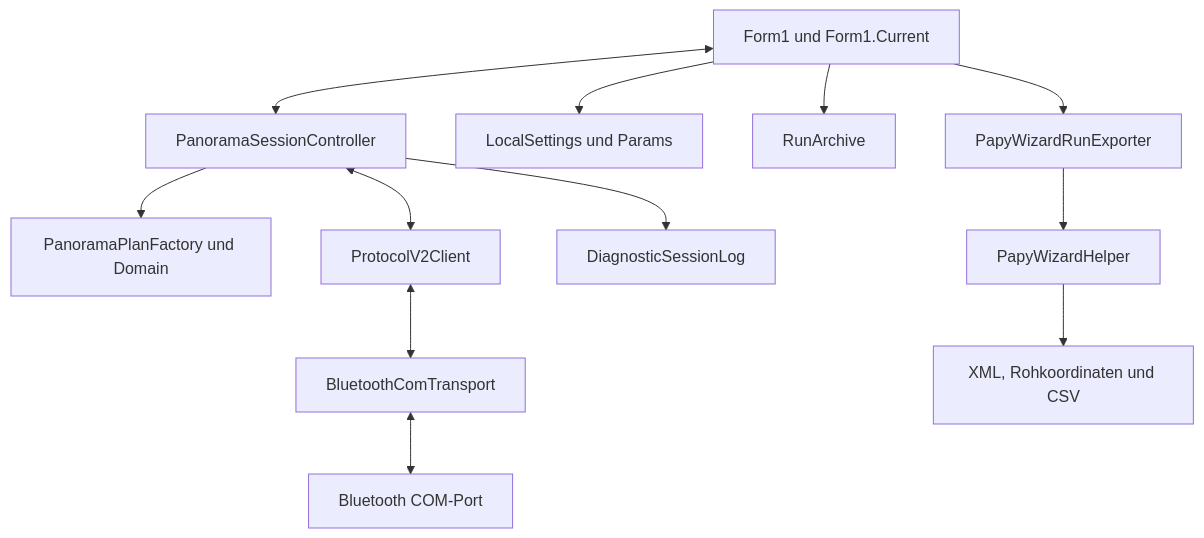
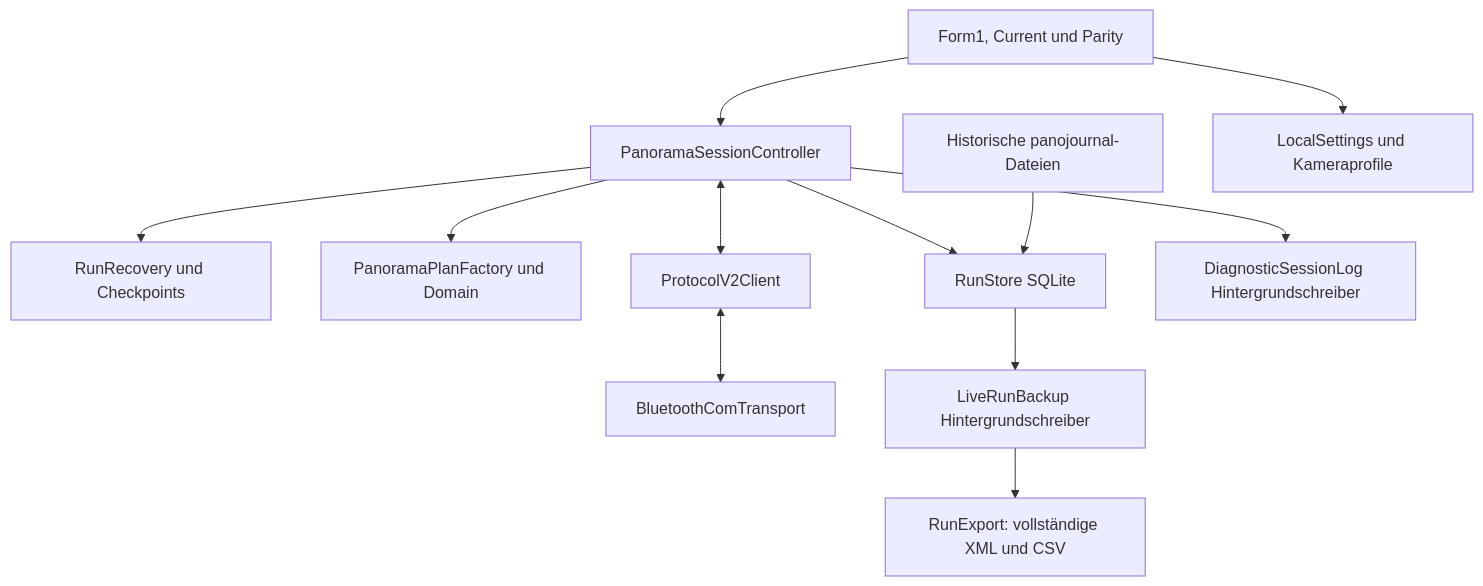
The diagram in docs/05-windows.md (TomNaiser/PanoramaSoftware), drawn with Mermaid before and after one commit. The commit also changed other lines of this file and 21 other files, not shown here.

````diff
--- a/docs/05-windows.md
+++ b/docs/05-windows.md
@@ -9,14 +15,14 @@
 ```mermaid
 flowchart TB
-    UI[Form1 und Form1.Current] <--> CT[PanoramaSessionController]
+    UI[Form1, Current und Parity] --> CT[PanoramaSessionController]
+    CT --> RF[RunRecovery und Checkpoints]
     CT --> PF[PanoramaPlanFactory und Domain]
     CT <--> P[ProtocolV2Client]
     P <--> BT[BluetoothComTransport]
-    BT <--> COM[Bluetooth COM-Port]
-    UI --> SET[LocalSettings und Params]
-    UI --> AR[RunArchive]
-    CT --> DI[DiagnosticSessionLog]
-    UI --> EX[PapyWizardRunExporter]
-    EX --> LH[PapyWizardHelper]
-    LH --> FI[XML, Rohkoordinaten und CSV]
+    CT --> DB[RunStore SQLite]
+    OLD[Historische panojournal-Dateien] --> DB
+    DB --> BG[LiveRunBackup Hintergrundschreiber]
+    BG --> EX[RunExport: vollständige XML und CSV]
+    CT --> LOG[DiagnosticSessionLog Hintergrundschreiber]
+    UI --> SET[LocalSettings und Kameraprofile]
 ```
````
